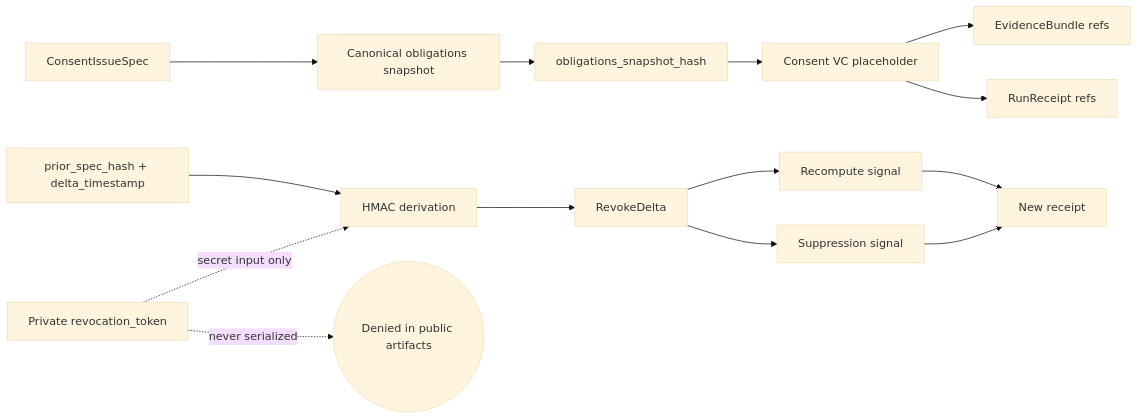
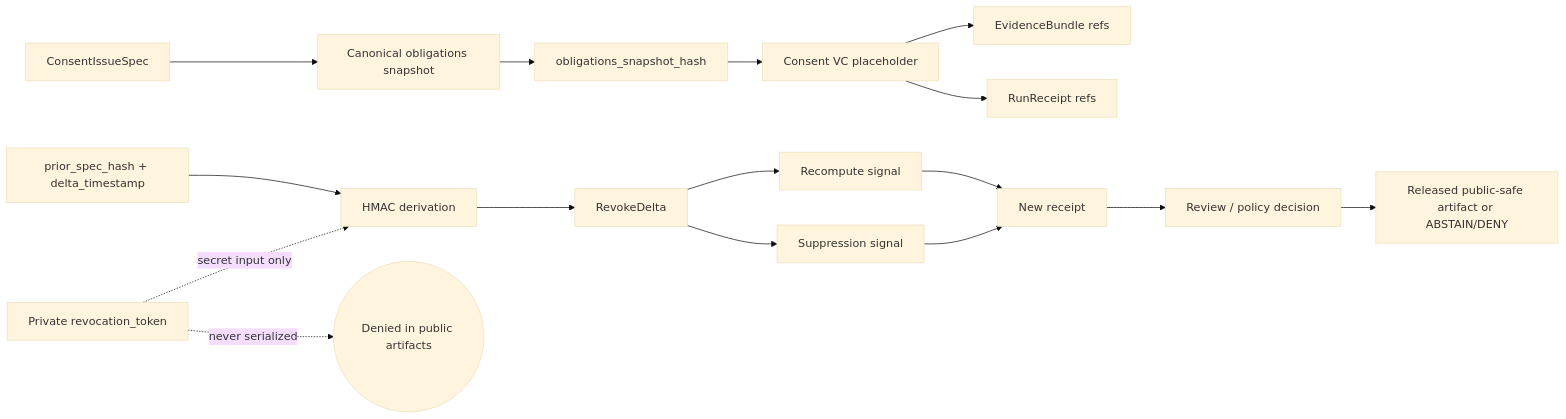
Before and after one commit to bartytime4life/Kansas-Frontier-Matrix: the diagram in docs/adr/ADR-0427-consent-vc-and-revocation-delta.md, drawn with Mermaid (base theme). The commit also changed other lines of this file, not shown here.

````diff
--- a/docs/adr/ADR-0427-consent-vc-and-revocation-delta.md
+++ b/docs/adr/ADR-0427-consent-vc-and-revocation-delta.md
@@ -106,18 +158,21 @@
 ```mermaid
 flowchart LR
     A[ConsentIssueSpec] --> B[Canonical obligations snapshot]
     B --> C[obligations_snapshot_hash]
     C --> D[Consent VC placeholder]
     D --> E[EvidenceBundle refs]
     D --> F[RunReceipt refs]
 
     R[Private revocation_token] -. secret input only .-> H[HMAC derivation]
     G[prior_spec_hash + delta_timestamp] --> H
     H --> I[RevokeDelta]
     I --> J[Suppression signal]
     I --> K[Recompute signal]
     J --> L[New receipt]
     K --> L
 
+    L --> M[Review / policy decision]
+    M --> N[Released public-safe artifact or ABSTAIN/DENY]
+
     R -. never serialized .-> X((Denied in public artifacts))
 ```
````
